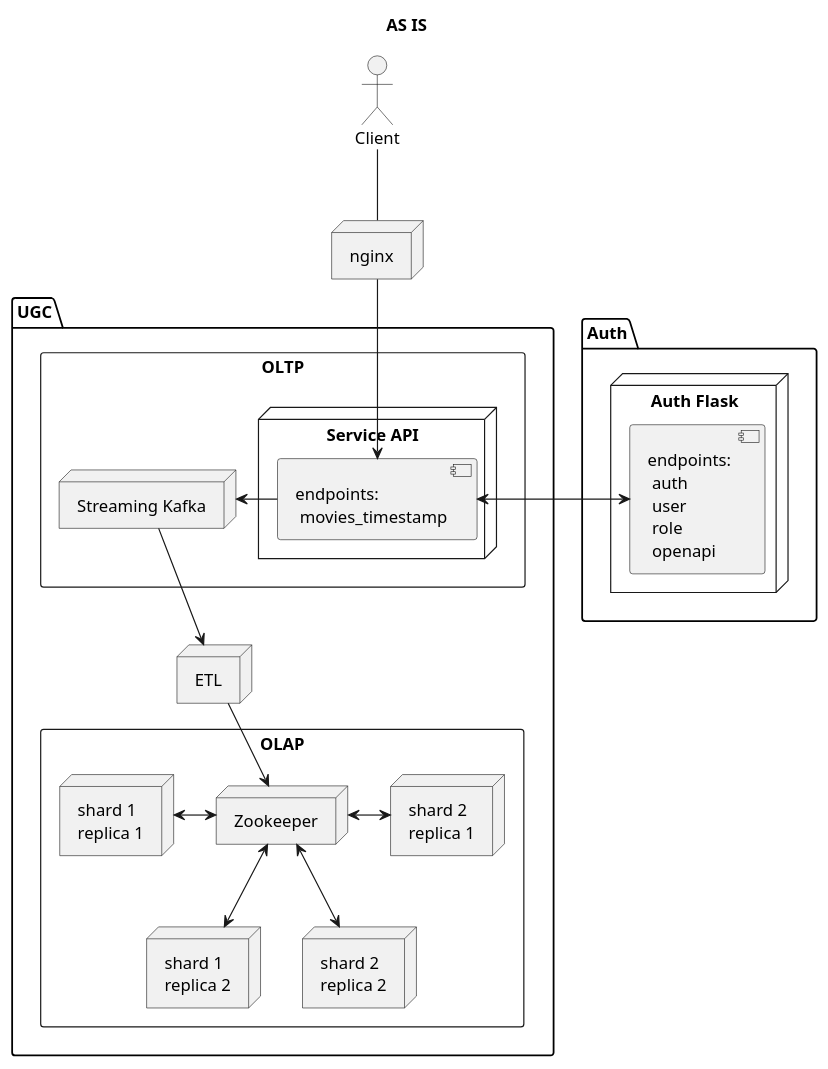
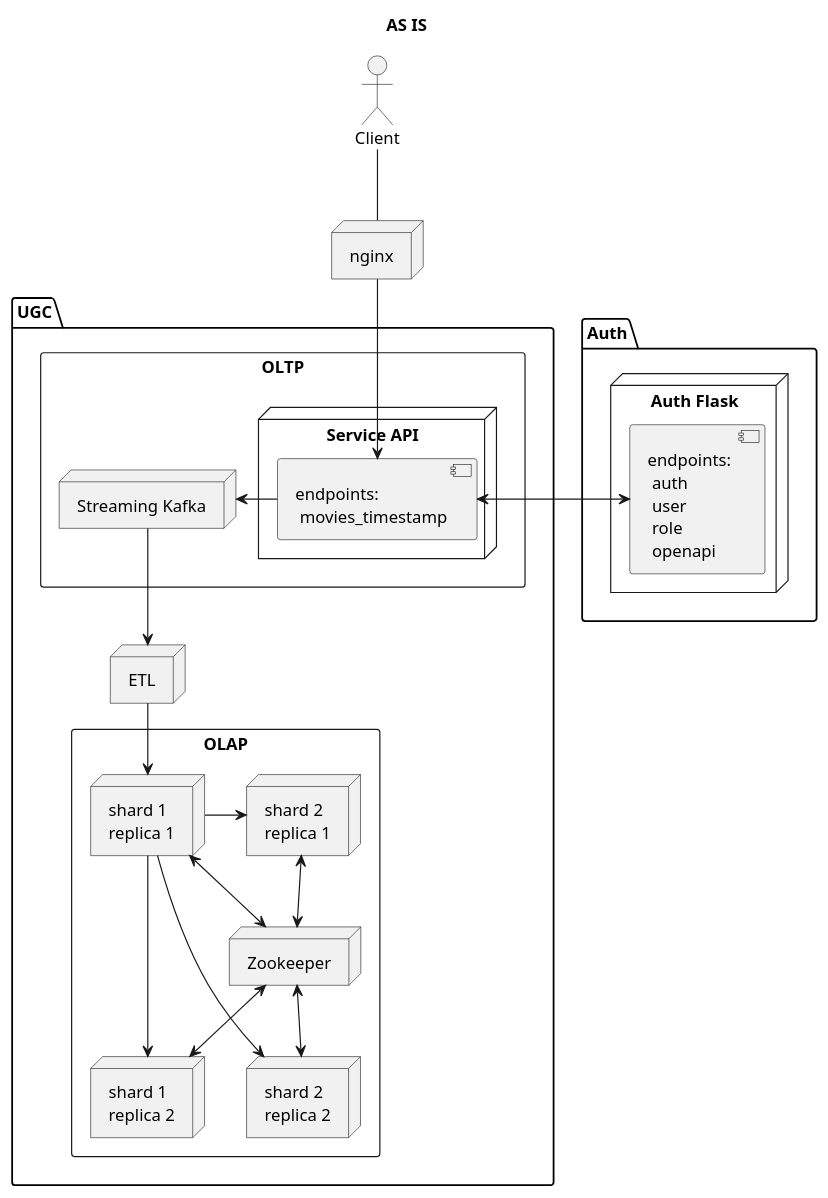
One commit to AlexeyBely/ugc_sprint_1 changed the diagram in architecture/to_be.puml. Above: the diagram before and after it, drawn with PlantUML. The commit also changed 23 other files, not shown here.

```diff
--- a/architecture/to_be.puml
+++ b/architecture/to_be.puml
@@ -1,40 +1,43 @@
 @startuml as_is
 title AS IS
 
 skinparam componentStyle uml2
 actor Client
 node "nginx" as nginx
 package "Auth" {
     node "Auth Flask"{
         component "endpoints: \n auth\n user\n role\n openapi" as endpoints_auth           
     }
 }
 package "UGC" {
     skinparam packageStyle rectangle
     package "OLTP" {
         node "Service API"{
             component "endpoints: \n movies_timestamp" as timestamp           
         }
         node "Streaming Kafka" as kafka
     }
     node "ETL" as etl
     package "OLAP" {
         node "Zookeeper" as zookeeper
         node "shard 1 \nreplica 1" as node1
         node "shard 2 \nreplica 1" as node2
         node "shard 1 \nreplica 2" as node3
         node "shard 2 \nreplica 2" as node4
     }
 } 
 Client -down- nginx
 nginx -down-> timestamp
 timestamp -right-> kafka
 timestamp <-> endpoints_auth
 kafka -down-> etl
-etl -down-> zookeeper
+etl -down-> node1
 zookeeper <-left-> node1
-zookeeper <-right-> node2
+zookeeper <-up-> node2
 zookeeper <-down-> node3
 zookeeper <-down-> node4
+node1 -> node2
+node1 -> node3
+node1 -> node4
 
 @enduml 
```
